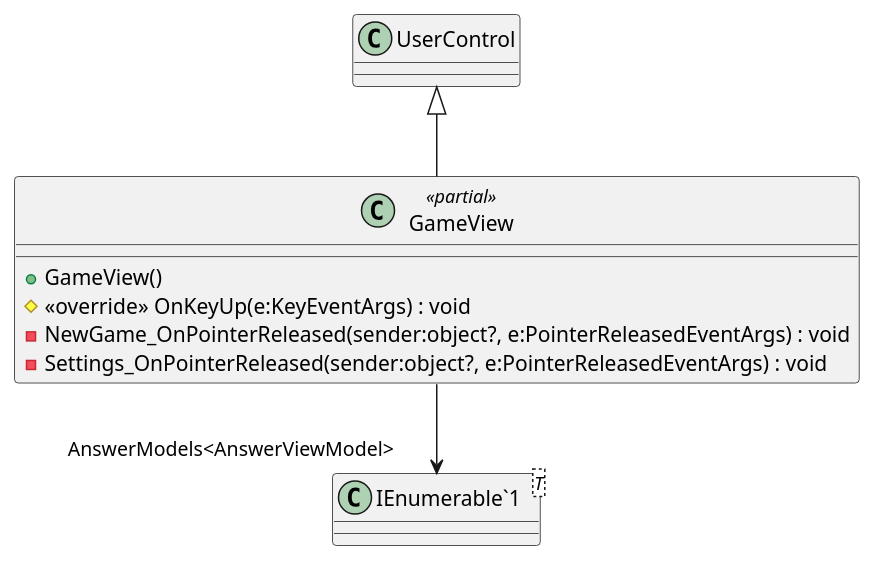
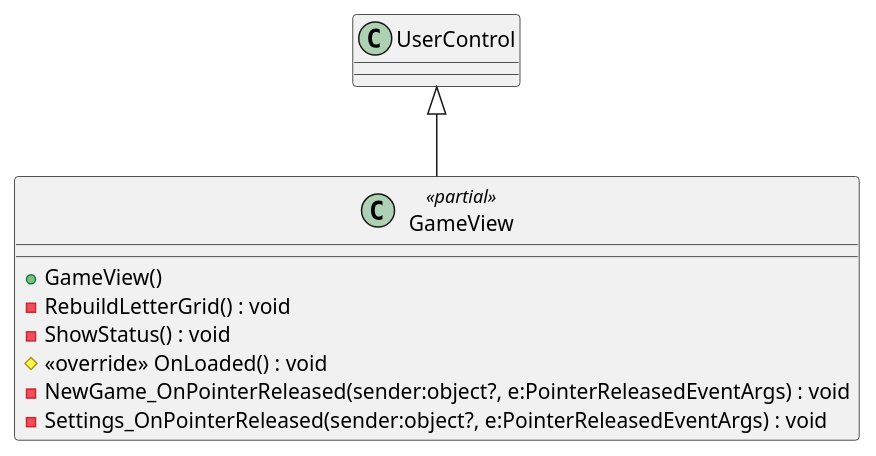
One commit to Caellian/UNIRI_OP_project changed the diagram in PlantUML/Views/GameView.axaml.puml. Above: the diagram before and after it, drawn with PlantUML. The commit also changed 22 other files, not shown here.

```diff
--- a/PlantUML/Views/GameView.axaml.puml
+++ b/PlantUML/Views/GameView.axaml.puml
@@ -1,12 +1,11 @@
 @startuml
 class GameView <<partial>> {
     + GameView()
-    # <<override>> OnKeyUp(e:KeyEventArgs) : void
+    - RebuildLetterGrid() : void
+    - ShowStatus() : void
+    # <<override>> OnLoaded() : void
     - NewGame_OnPointerReleased(sender:object?, e:PointerReleasedEventArgs) : void
     - Settings_OnPointerReleased(sender:object?, e:PointerReleasedEventArgs) : void
 }
-class "IEnumerable`1"<T> {
-}
 UserControl <|-- GameView
-GameView --> "AnswerModels<AnswerViewModel>" "IEnumerable`1"
 @enduml
```
